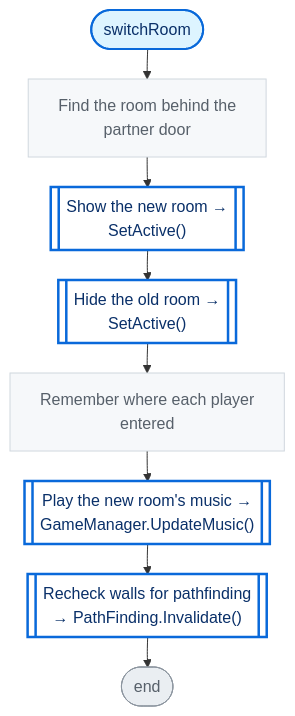
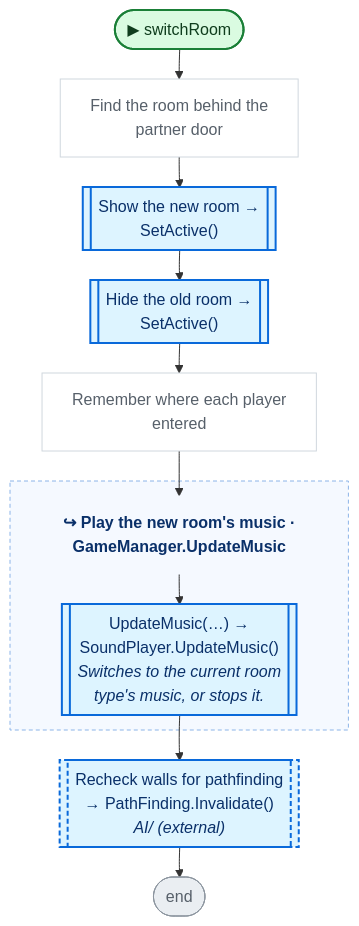
Before and after one commit to nataiai/Lord-of-the-Dungeon: the fourth of 5 diagrams in CodeGraph~/graph/Map/DungeonMap.cs.md, drawn with Mermaid. The commit also changed other lines of this file and 44 other files, not shown here.

````diff
--- a/CodeGraph~/graph/Map/DungeonMap.cs.md
+++ b/CodeGraph~/graph/Map/DungeonMap.cs.md
@@ -159,39 +174,52 @@
 ```mermaid
 ---
 config:
   flowchart:
     wrappingWidth: 260
     nodeSpacing: 26
     rankSpacing: 30
 ---
 flowchart TD
-  nS(["switchRoom"])
+  nS(["▶ switchRoom"])
   n345bc3["Find the room behind the<br>partner door"]
   n172da7[["Show the new room →<br>SetActive()"]]
   ne51c6e[["Hide the old room →<br>SetActive()"]]
   n6a49c0["Remember where each player<br>entered"]
-  ncc9f0f[["Play the new room's music →<br>GameManager.UpdateMusic()"]]
-  nd2f86b[["Recheck walls for pathfinding<br>→ PathFinding.Invalidate()"]]
+  ncc9f0f_h["↪ Play the new room's music ·<br>GameManager.UpdateMusic"]
+  ncc9f0f_nad1827[["UpdateMusic(…) →<br>SoundPlayer.UpdateMusic()<br><i>Switches to the current room</i><br><i>type's music, or stops it.</i>"]]
+  nd2f86b[["Recheck walls for pathfinding<br>→ PathFinding.Invalidate()<br><i>AI/ (external)</i>"]]
   nE(["end"])
+  subgraph ncc9f0f_g[" "]
+    ncc9f0f_h
+    ncc9f0f_nad1827
+  end
+  style ncc9f0f_g fill:#f5f9ff,stroke:#8cb4e8,stroke-dasharray:4 3,color:#0a3069
   nS --> n345bc3
   n345bc3 --> n172da7
   n172da7 --> ne51c6e
   ne51c6e --> n6a49c0
-  n6a49c0 --> ncc9f0f
-  ncc9f0f --> nd2f86b
+  n6a49c0 --> ncc9f0f_h
   nd2f86b --> nE
-  classDef unity fill:#fff1c2,stroke:#9a6700,stroke-width:2px,color:#3b2300
-  classDef start fill:#ddf4ff,stroke:#0969da,stroke-width:2px,color:#0a3069
-  classDef calc fill:#f6f8fa,stroke:#d0d7de,color:#57606a
-  classDef calls fill:#ffffff,stroke:#0969da,stroke-width:2.5px,color:#0a3069
-  classDef cond fill:#ffffff,stroke:#6e7781,stroke-width:1.5px,color:#1f2328
-  classDef loop fill:#fbefff,stroke:#8250df,color:#3e1f79
-  classDef exit fill:#eaeef2,stroke:#57606a,color:#24292f
-  classDef wait fill:#fff8f0,stroke:#bc4c00,color:#4d1d00
+  ncc9f0f_h --> ncc9f0f_nad1827
+  ncc9f0f_nad1827 --> nd2f86b
+  classDef unity fill:#dafbe1,stroke:#1a7f37,stroke-width:2px,color:#0f3d1d
+  classDef start fill:#dafbe1,stroke:#1a7f37,stroke-width:2px,color:#0f3d1d
+  classDef calc fill:#ffffff,stroke:#d0d7de,color:#57606a
+  classDef calls fill:#ddf4ff,stroke:#0969da,stroke-width:2px,color:#0a3069
+  classDef ext fill:#ddf4ff,stroke:#0969da,stroke-width:2px,stroke-dasharray:5 3,color:#0a3069
+  classDef cond fill:#fff8c5,stroke:#bf8700,stroke-width:1.5px,color:#3d2a00
+  classDef loop fill:#f6f8fa,stroke:#57606a,color:#1f2328
+  classDef exit fill:#ffebe9,stroke:#cf222e,color:#82071e
+  classDef kill fill:#ffebe9,stroke:#cf222e,stroke-width:2px,color:#82071e
+  classDef spawn fill:#dafbe1,stroke:#1a7f37,stroke-width:2px,color:#0f3d1d
+  classDef wait fill:#fff1e5,stroke:#bc4c00,color:#4d1d00
   classDef fin fill:#eaeef2,stroke:#8c959f,color:#57606a
   classDef join fill:#d0d7de,stroke:#8c959f,color:#57606a
+  classDef ghdr fill:#f5f9ff,stroke:#f5f9ff,color:#0a3069,font-weight:bold
   class n345bc3,n6a49c0 calc
-  class n172da7,ne51c6e,ncc9f0f,nd2f86b calls
+  class n172da7,ne51c6e,ncc9f0f_nad1827 calls
+  class nd2f86b ext
   class nE fin
+  class ncc9f0f_h ghdr
   class nS start
 ```
````
